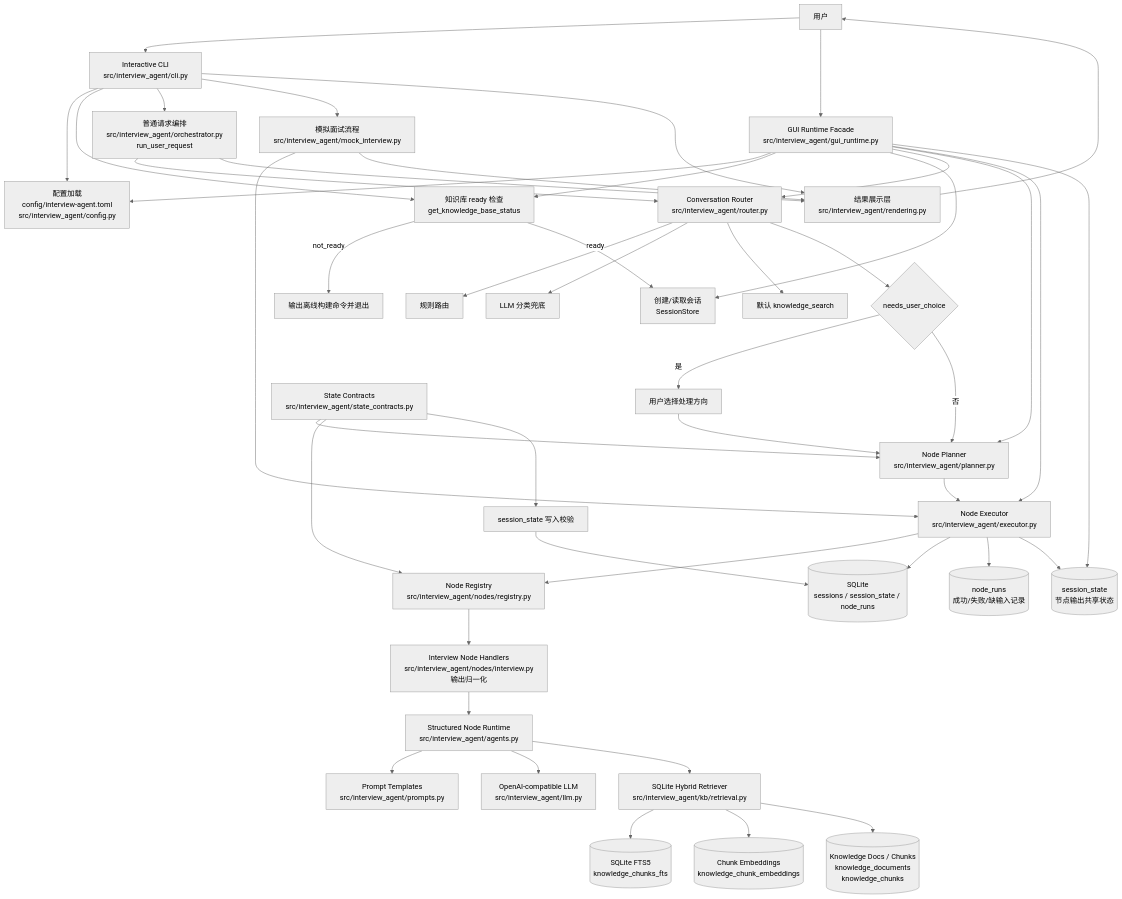
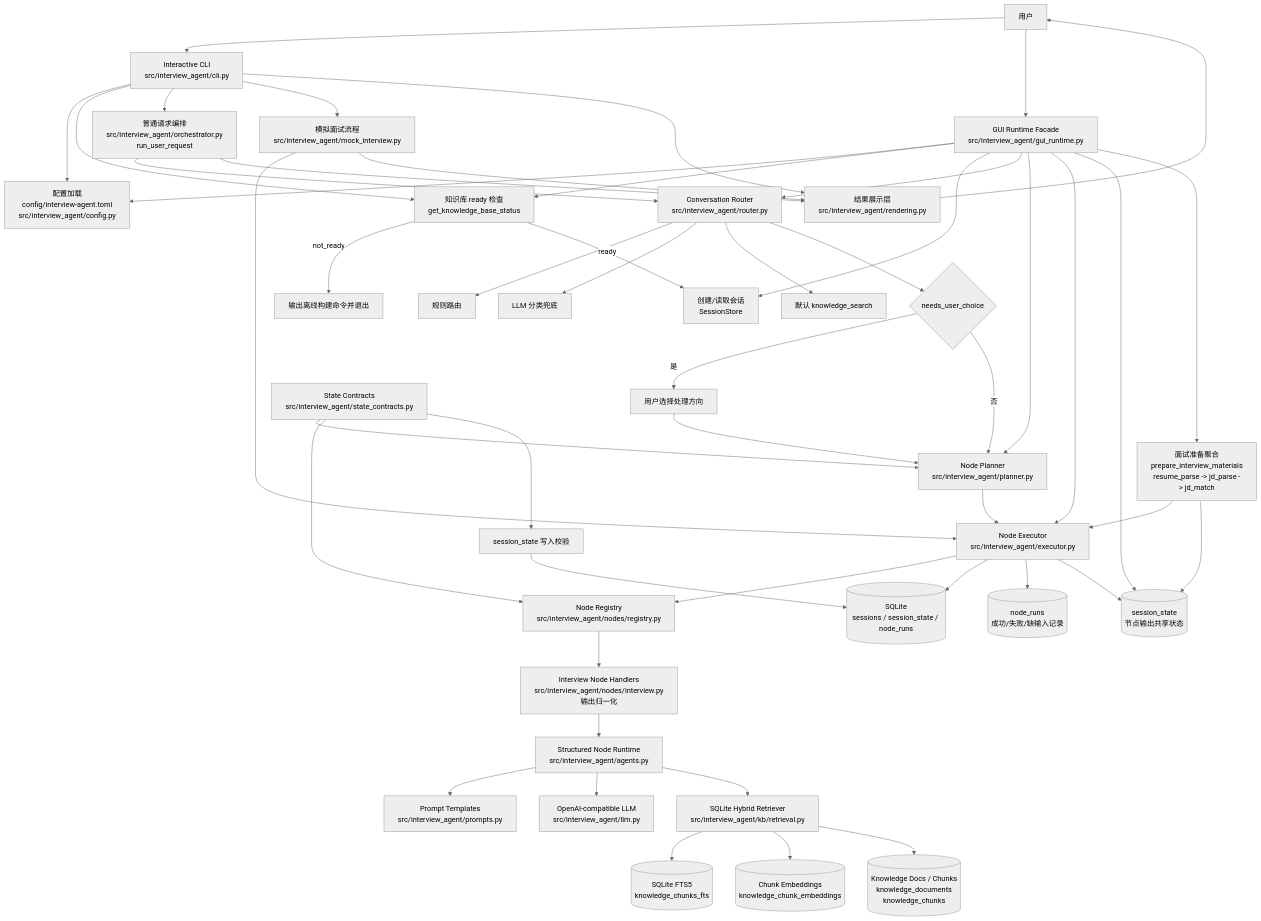
One commit to kaomianjin2/resume-agent changed the first of 4 diagrams in docs/architecture.md. Above: the diagram before and after it, drawn with Mermaid (neutral theme). The commit also changed other lines of this file and 11 other files, not shown here.

````diff
--- a/docs/architecture.md
+++ b/docs/architecture.md
@@ -15,57 +15,60 @@
 ```mermaid
 flowchart TD
     User[用户] --> CLI[Interactive CLI<br/>src/interview_agent/cli.py]
     User --> GUIRuntime[GUI Runtime Facade<br/>src/interview_agent/gui_runtime.py]
 
     CLI --> Config[配置加载<br/>config/interview-agent.toml<br/>src/interview_agent/config.py]
     GUIRuntime --> Config
     CLI --> KBReady[知识库 ready 检查<br/>get_knowledge_base_status]
     GUIRuntime --> KBReady
     KBReady -->|not_ready| OfflineHint[输出离线构建命令并退出]
     KBReady -->|ready| Session[创建/读取会话<br/>SessionStore]
     GUIRuntime --> Session
 
     CLI --> Orchestrator[普通请求编排<br/>src/interview_agent/orchestrator.py<br/>run_user_request]
     GUIRuntime --> Router
     GUIRuntime --> Planner
     GUIRuntime --> Executor
     GUIRuntime --> State
+    GUIRuntime --> PrepVM[面试准备聚合<br/>prepare_interview_materials<br/>resume_parse -> jd_parse -> jd_match]
+    PrepVM --> Executor
+    PrepVM --> State
     CLI --> MockFlow[模拟面试流程<br/>src/interview_agent/mock_interview.py]
     CLI --> Rendering[结果展示层<br/>src/interview_agent/rendering.py]
     Orchestrator --> Router[Conversation Router<br/>src/interview_agent/router.py]
     Router --> RuleRoute[规则路由]
     Router --> LLMRoute[LLM 分类兜底]
     Router --> DefaultRoute[默认 knowledge_search]
     Router --> DirectionChoice{needs_user_choice}
     DirectionChoice -->|是| UserChoice[用户选择处理方向]
     DirectionChoice -->|否| Planner
 
     UserChoice --> Planner
     Planner[Node Planner<br/>src/interview_agent/planner.py]
     StateContracts[State Contracts<br/>src/interview_agent/state_contracts.py]
     StateContracts --> Planner
     Planner --> Executor[Node Executor<br/>src/interview_agent/executor.py]
     MockFlow --> Executor
 
     Executor --> Registry[Node Registry<br/>src/interview_agent/nodes/registry.py]
     StateContracts --> Registry
     StateContracts --> SessionValidation[session_state 写入校验]
     Registry --> Handlers[Interview Node Handlers<br/>src/interview_agent/nodes/interview.py<br/>输出归一化]
 
     Executor --> SQLite[(SQLite<br/>sessions / session_state / node_runs)]
     SessionValidation --> SQLite
     Handlers --> AgentRuntime[Structured Node Runtime<br/>src/interview_agent/agents.py]
     AgentRuntime --> Prompts[Prompt Templates<br/>src/interview_agent/prompts.py]
     AgentRuntime --> LLM[OpenAI-compatible LLM<br/>src/interview_agent/llm.py]
     AgentRuntime --> Retriever[SQLite Hybrid Retriever<br/>src/interview_agent/kb/retrieval.py]
 
     Retriever --> FTS[(SQLite FTS5<br/>knowledge_chunks_fts)]
     Retriever --> Embeddings[(Chunk Embeddings<br/>knowledge_chunk_embeddings)]
     Retriever --> KBChunks[(Knowledge Docs / Chunks<br/>knowledge_documents<br/>knowledge_chunks)]
 
     Executor --> Runs[(node_runs<br/>成功/失败/缺输入记录)]
     Executor --> State[(session_state<br/>节点输出共享状态)]
     Orchestrator --> Rendering
     MockFlow --> Rendering
     Rendering --> User
 ```
````
